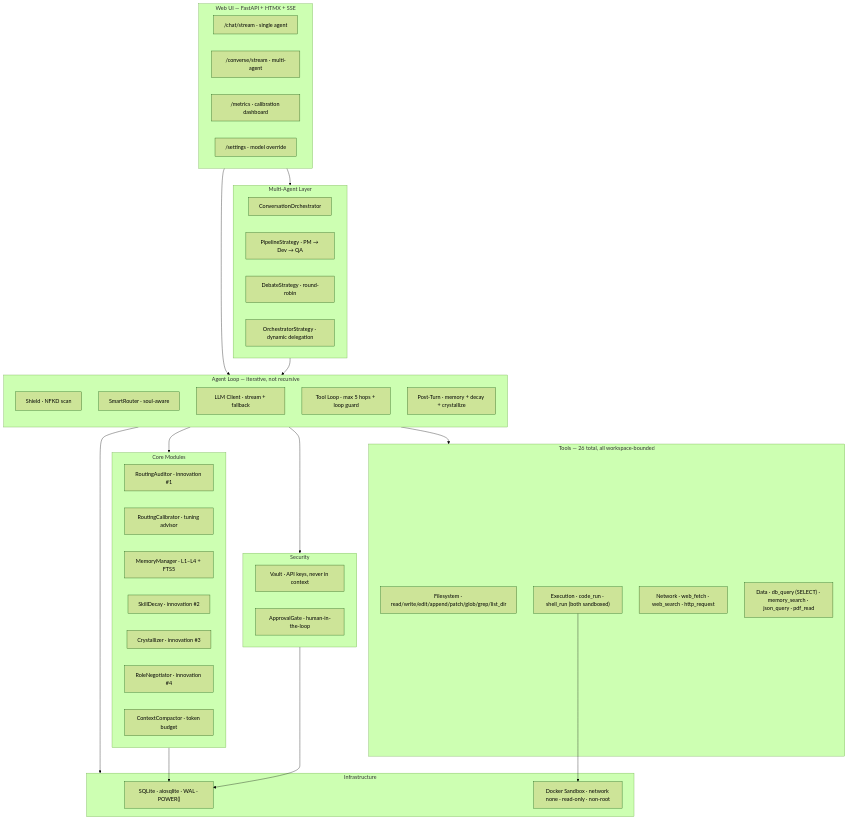
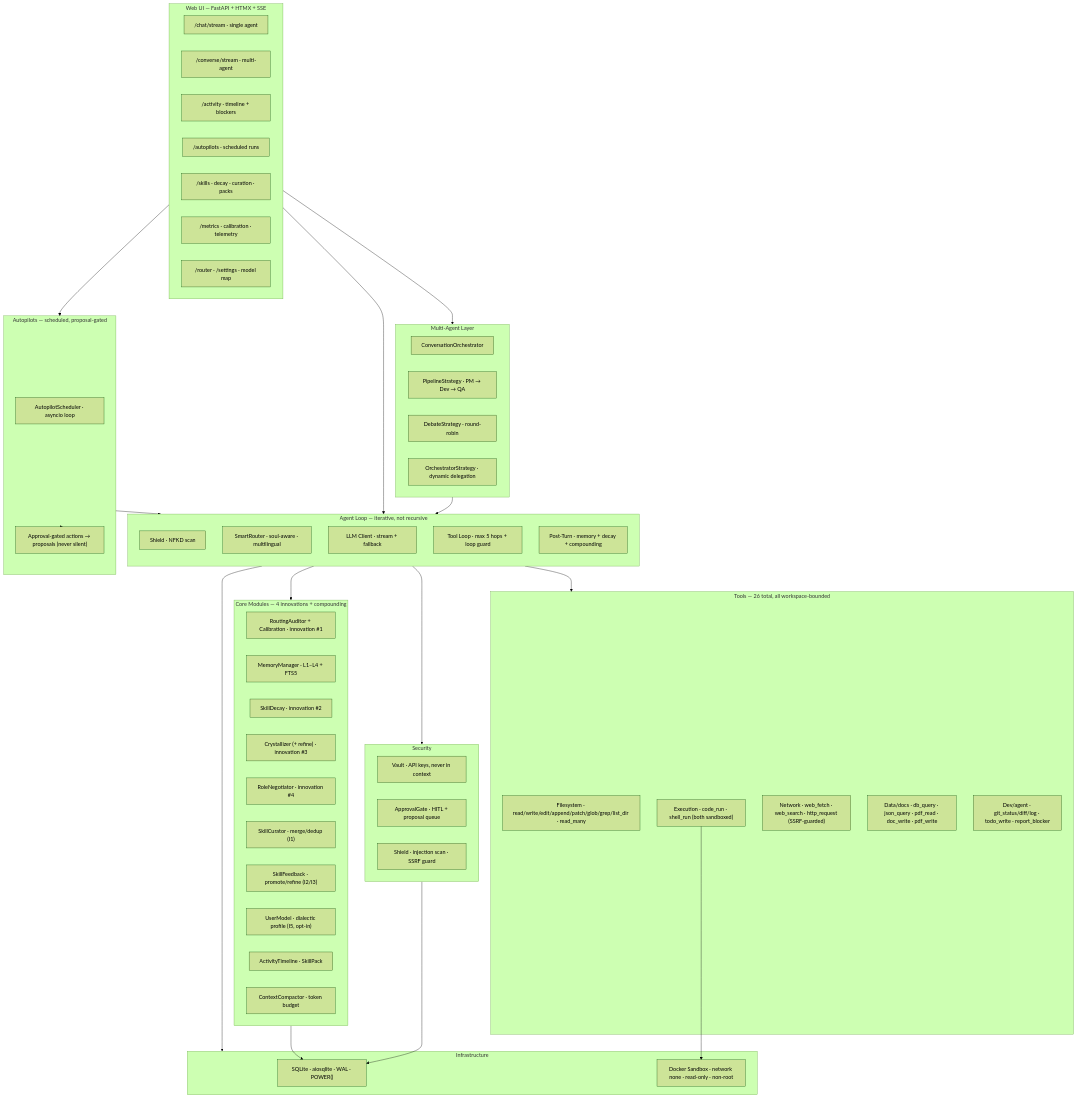
Before and after one commit to MuhammadHasbiAshshiddieqy/OpenClawn: the first of 5 diagrams in README.md, drawn with Mermaid (forest theme). The commit also changed other lines of this file, not shown here.

First line of the commit message:
docs(readme): bring all architecture diagrams up to v0.4

````diff
--- a/README.md
+++ b/README.md
@@ -93,63 +93,79 @@
 ```mermaid
 graph TB
     subgraph UI["Web UI — FastAPI + HTMX + SSE"]
         CHAT["/chat/stream · single agent"]
         CONVERSE["/converse/stream · multi-agent"]
-        METRICS["/metrics · calibration dashboard"]
-        SETTINGS["/settings · model override"]
+        ACTIVITY["/activity · timeline + blockers"]
+        AUTOPAGE["/autopilots · scheduled runs"]
+        SKILLS["/skills · decay · curation · packs"]
+        METRICS["/metrics · calibration · telemetry"]
+        SETTINGS["/router · /settings · model map"]
     end
 
     subgraph CONVO["Multi-Agent Layer"]
         ORCH["ConversationOrchestrator"]
         PIPE["PipelineStrategy · PM &rarr; Dev &rarr; QA"]
         DEBATE["DebateStrategy · round-robin"]
         LEAD["OrchestratorStrategy · dynamic delegation"]
     end
 
+    subgraph SCHED["Autopilots — scheduled, proposal-gated"]
+        SCHEDULER["AutopilotScheduler · asyncio loop"]
+        PROPOSAL["Approval-gated actions &rarr; proposals (never silent)"]
+    end
+
     subgraph AGENT["Agent Loop — iterative, not recursive"]
         direction TB
         SHIELD["Shield · NFKD scan"]
-        ROUTE["SmartRouter · soul-aware"]
+        ROUTE["SmartRouter · soul-aware · multilingual"]
         LLMCALL["LLM Client · stream + fallback"]
         TOOLLOOP["Tool Loop · max 5 hops + loop guard"]
-        POST["Post-Turn · memory + decay + crystallize"]
+        POST["Post-Turn · memory + decay + compounding"]
     end
 
-    subgraph MODULES["Core Modules"]
-        AUDITOR["RoutingAuditor · innovation #1"]
-        CALIB["RoutingCalibrator · tuning advisor"]
+    subgraph MODULES["Core Modules — 4 innovations + compounding"]
+        AUDITOR["RoutingAuditor + Calibration · innovation #1"]
         MEMORY["MemoryManager · L1–L4 + FTS5"]
         DECAY["SkillDecay · innovation #2"]
-        CRYSTAL["Crystallizer · innovation #3"]
+        CRYSTAL["Crystallizer (+ refine) · innovation #3"]
         CONTRACTS["RoleNegotiator · innovation #4"]
+        CURATOR["SkillCurator · merge/dedup (I1)"]
+        FEEDBACK["SkillFeedback · promote/refine (I2/I3)"]
+        USERMODEL["UserModel · dialectic profile (I5, opt-in)"]
+        ACTIVITYMOD["ActivityTimeline · SkillPack"]
         COMPACTOR["ContextCompactor · token budget"]
     end
 
     subgraph TOOLS["Tools — 26 total, all workspace-bounded"]
-        FS["Filesystem · read/write/edit/append/patch/glob/grep/list_dir"]
+        FS["Filesystem · read/write/edit/append/patch/glob/grep/list_dir · read_many"]
         EXEC["Execution · code_run · shell_run (both sandboxed)"]
-        NET["Network · web_fetch · web_search · http_request"]
-        DATA["Data · db_query (SELECT) · memory_search · json_query · pdf_read"]
+        NET["Network · web_fetch · web_search · http_request (SSRF-guarded)"]
+        DATA["Data/docs · db_query · json_query · pdf_read · doc_write · pdf_write"]
+        DEVT["Dev/agent · git_status/diff/log · todo_write · report_blocker"]
     end
 
     subgraph SECURITY["Security"]
         VAULT["Vault · API keys, never in context"]
-        APPROVAL["ApprovalGate · human-in-the-loop"]
+        APPROVAL["ApprovalGate · HITL + proposal queue"]
+        SHIELD2["Shield · injection scan · SSRF guard"]
     end
 
     subgraph INFRA["Infrastructure"]
         DB["SQLite · aiosqlite · WAL · POWER()"]
         SANDBOX["Docker Sandbox · network none · read-only · non-root"]
     end
 
     UI --> CONVO
     UI --> AGENT
+    UI --> SCHED
     CONVO --> AGENT
+    SCHED --> AGENT
+    SCHED --> PROPOSAL
     AGENT --> MODULES
     AGENT --> TOOLS
     AGENT --> SECURITY
     AGENT --> INFRA
     EXEC --> SANDBOX
     MODULES --> DB
     SECURITY --> DB
 ```
````
